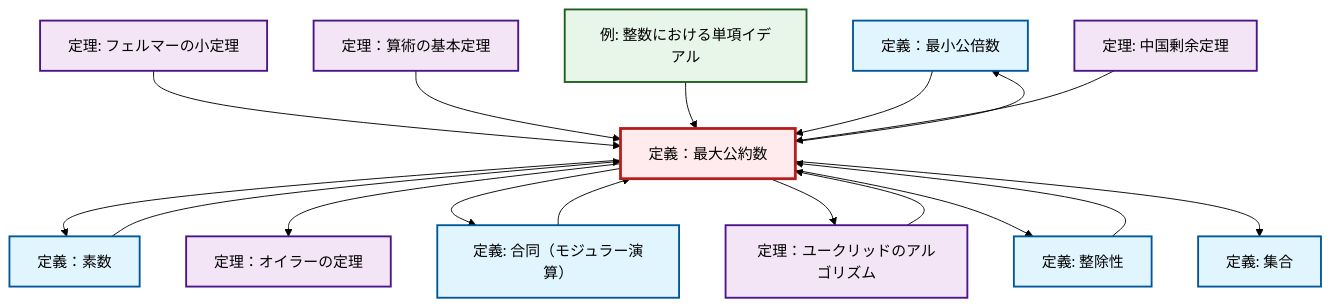
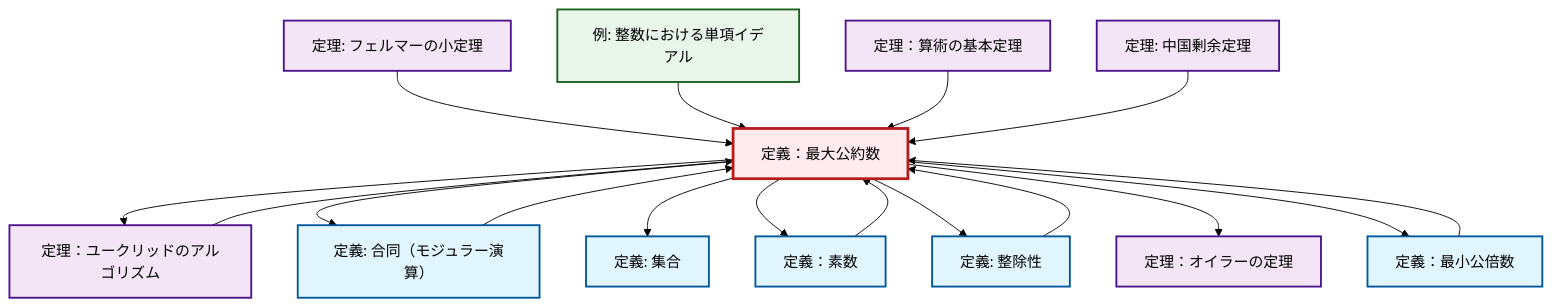
Before and after one commit to RK0429/ModernMath: the second of 2 diagrams in content/ja/number-theory/def-gcd.qmd, drawn with Mermaid (forest theme). The commit also changed other lines of this file and 328 other files, not shown here.

````diff
--- a/content/ja/number-theory/def-gcd.qmd
+++ b/content/ja/number-theory/def-gcd.qmd
@@ -94,49 +94,49 @@
 ```{mermaid}
 %%| fig-cap: "ローカル依存関係グラフ"
 graph TD
     classDef definition fill:#e1f5fe,stroke:#01579b,stroke-width:2px
     classDef theorem fill:#f3e5f5,stroke:#4a148c,stroke-width:2px
     classDef axiom fill:#fff3e0,stroke:#e65100,stroke-width:2px
     classDef example fill:#e8f5e9,stroke:#1b5e20,stroke-width:2px
     classDef current fill:#ffebee,stroke:#b71c1c,stroke-width:3px
+    thm-fundamental-arithmetic["定理：算術の基本定理"]:::theorem
+    thm-chinese-remainder["定理: 中国剰余定理"]:::theorem
+    thm-euler["定理：オイラーの定理"]:::theorem
+    def-lcm["定義：最小公倍数"]:::definition
+    thm-fermat-little["定理: フェルマーの小定理"]:::theorem
     def-set["定義: 集合"]:::definition
-    def-lcm["定義：最小公倍数"]:::definition
     thm-euclidean-algorithm["定理：ユークリッドのアルゴリズム"]:::theorem
-    thm-fermat-little["定理: フェルマーの小定理"]:::theorem
-    thm-fundamental-arithmetic["定理：算術の基本定理"]:::theorem
-    thm-euler["定理：オイラーの定理"]:::theorem
+    def-divisibility["定義: 整除性"]:::definition
     def-congruence["定義: 合同（モジュラー演算）"]:::definition
+    def-gcd["定義：最大公約数"]:::definition
+    def-prime["定義：素数"]:::definition
     ex-principal-ideal["例: 整数における単項イデアル"]:::example
-    def-prime["定義：素数"]:::definition
-    def-gcd["定義：最大公約数"]:::definition
-    thm-chinese-remainder["定理: 中国剰余定理"]:::theorem
-    def-divisibility["定義: 整除性"]:::definition
-    def-gcd --> def-prime
     thm-fermat-little --> def-gcd
     def-divisibility --> def-gcd
+    def-prime --> def-gcd
+    def-gcd --> thm-euclidean-algorithm
+    ex-principal-ideal --> def-gcd
     thm-fundamental-arithmetic --> def-gcd
-    thm-euclidean-algorithm --> def-gcd
-    def-prime --> def-gcd
-    def-gcd --> thm-euler
+    def-lcm --> def-gcd
     def-gcd --> def-congruence
-    ex-principal-ideal --> def-gcd
-    def-gcd --> def-lcm
-    def-gcd --> thm-euclidean-algorithm
-    def-lcm --> def-gcd
-    thm-chinese-remainder --> def-gcd
+    def-gcd --> def-set
+    def-gcd --> def-prime
     def-congruence --> def-gcd
     def-gcd --> def-divisibility
-    def-gcd --> def-set
+    def-gcd --> thm-euler
+    thm-chinese-remainder --> def-gcd
+    thm-euclidean-algorithm --> def-gcd
+    def-gcd --> def-lcm
     class def-gcd current
+    click thm-fundamental-arithmetic "thm-fundamental-arithmetic.html" "定理：算術の基本定理へ"
+    click thm-chinese-remainder "thm-chinese-remainder.html" "中国剰余定理の定理へ"
+    click thm-euler "thm-euler.html" "定理：オイラーの定理へ"
+    click def-lcm "def-lcm.html" "定義：最小公倍数へ"
+    click thm-fermat-little "thm-fermat-little.html" "フェルマーの小定理の定理へ"
     click def-set "def-set.html" "集合の定義へ"
-    click def-lcm "def-lcm.html" "定義：最小公倍数へ"
     click thm-euclidean-algorithm "thm-euclidean-algorithm.html" "定理：ユークリッドのアルゴリズムへ"
-    click thm-fermat-little "thm-fermat-little.html" "フェルマーの小定理の定理へ"
-    click thm-fundamental-arithmetic "thm-fundamental-arithmetic.html" "定理：算術の基本定理へ"
-    click thm-euler "thm-euler.html" "定理：オイラーの定理へ"
+    click def-divisibility "def-divisibility.html" "整除性の定義へ"
     click def-congruence "def-congruence.html" "合同（モジュラー演算）の定義へ"
+    click def-prime "def-prime.html" "定義：素数へ"
     click ex-principal-ideal "ex-principal-ideal.html" "整数における単項イデアルの例へ"
-    click def-prime "def-prime.html" "定義：素数へ"
-    click thm-chinese-remainder "thm-chinese-remainder.html" "中国剰余定理の定理へ"
-    click def-divisibility "def-divisibility.html" "整除性の定義へ"
 ```
````
